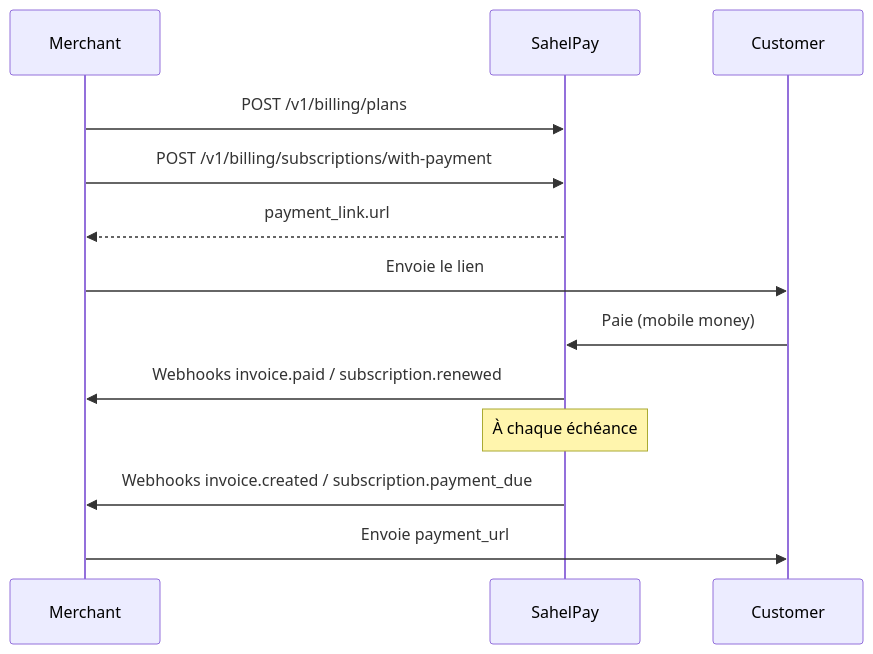
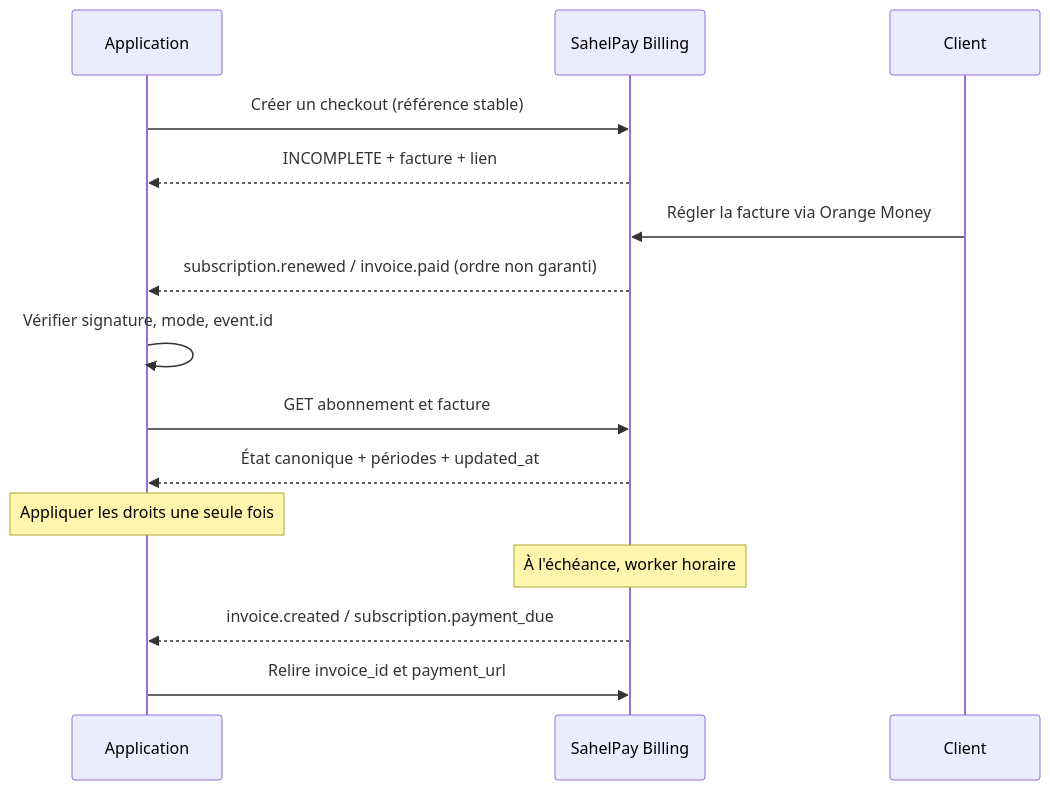
The diagram in docs/guides/subscriptions.mdx (dione24/sahelpay-sdks), drawn with Mermaid before and after one commit. The commit also changed other lines of this file and 49 other files, not shown here.

Commit message:
feat(billing): synchroniser les SDK et le guide avec le contrat livré (#11)

````diff
--- a/docs/guides/subscriptions.mdx
+++ b/docs/guides/subscriptions.mdx
@@ -93,17 +131,17 @@
 ```mermaid
 sequenceDiagram
-    participant Merchant
-    participant SahelPay
-    participant Customer
-
-    Merchant->>SahelPay: POST /v1/billing/plans
-    Merchant->>SahelPay: POST /v1/billing/subscriptions/with-payment
-    SahelPay-->>Merchant: payment_link.url
-    Merchant->>Customer: Envoie le lien
-    Customer->>SahelPay: Paie (mobile money)
-    SahelPay->>Merchant: Webhooks invoice.paid / subscription.renewed
-
-    Note over SahelPay: À chaque échéance
-    SahelPay->>Merchant: Webhooks invoice.created / subscription.payment_due
-    Merchant->>Customer: Envoie payment_url
+    participant App as Application
+    participant API as SahelPay Billing
+    participant Client
+    App->>API: Créer un checkout (référence stable)
+    API-->>App: INCOMPLETE + facture + lien
+    Client->>API: Régler la facture via Orange Money
+    API-->>App: subscription.renewed / invoice.paid (ordre non garanti)
+    App->>App: Vérifier signature, mode, event.id
+    App->>API: GET abonnement et facture
+    API-->>App: État canonique + périodes + updated_at
+    Note over App: Appliquer les droits une seule fois
+    Note over API: À l'échéance, worker horaire
+    API-->>App: invoice.created / subscription.payment_due
+    App->>API: Relire invoice_id et payment_url
 ```
````
